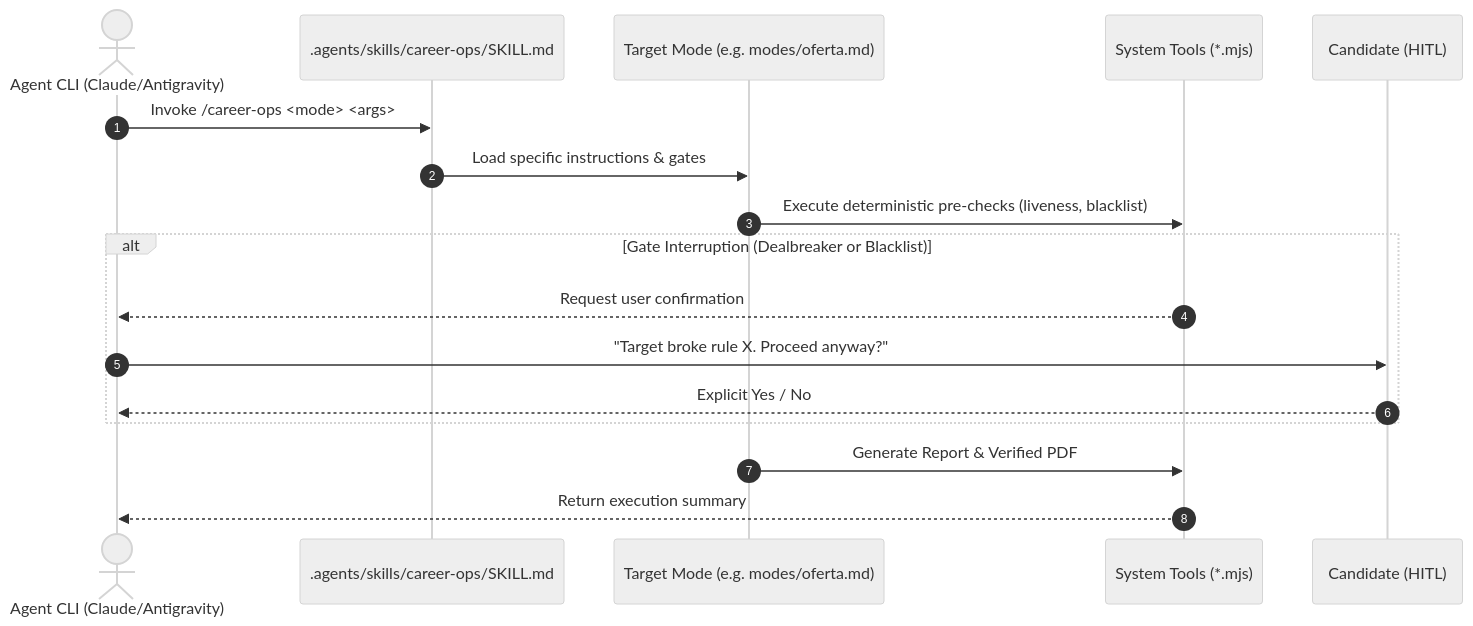
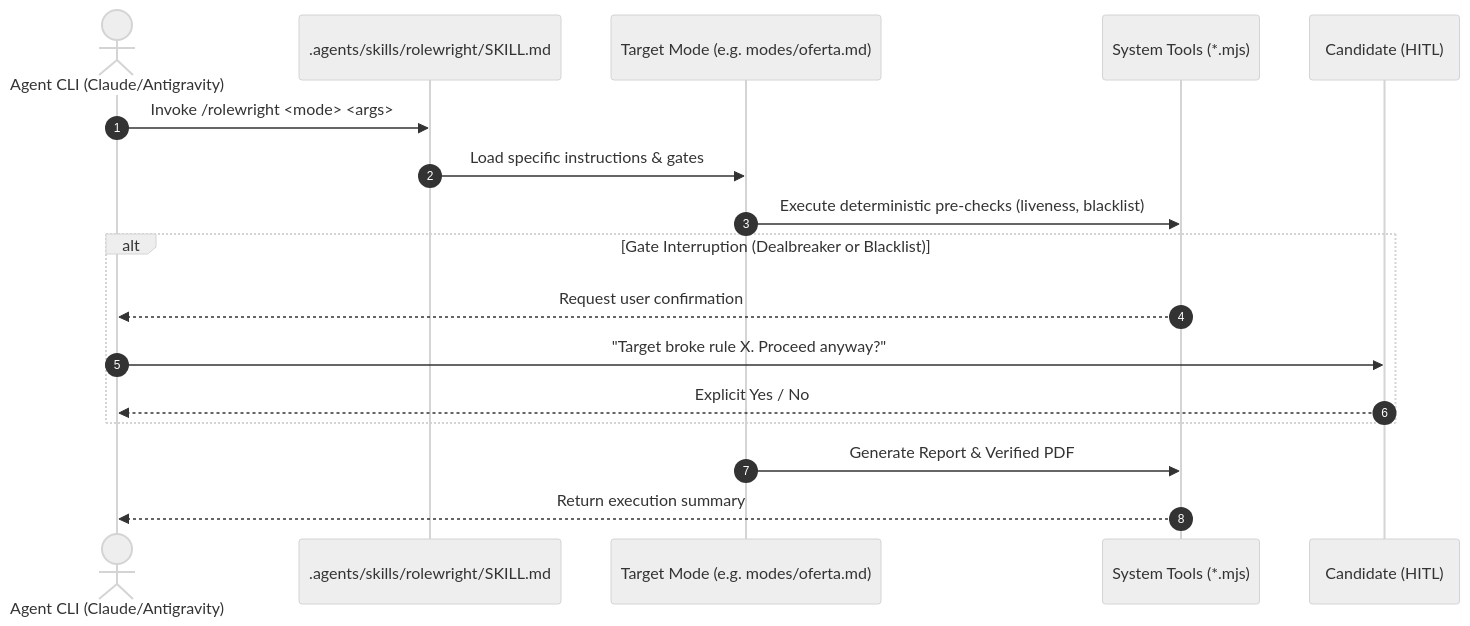
The diagram in packages/engine/docs/architecture/AgentArchitecture.md (CJCreator/Jobs_Automated), drawn with Mermaid (neutral theme) before and after one commit. The commit also changed other lines of this file and 118 other files, not shown here.

First line of the commit message:
refactor(engine): rename the CLI skill from career-ops to rolewright

````diff
--- a/packages/engine/docs/architecture/AgentArchitecture.md
+++ b/packages/engine/docs/architecture/AgentArchitecture.md
@@ -14,20 +14,20 @@
 ```mermaid
 sequenceDiagram
     autonumber
     actor CLI as Agent CLI (Claude/Antigravity)
-    participant Router as .agents/skills/career-ops/SKILL.md
+    participant Router as .agents/skills/rolewright/SKILL.md
     participant Mode as Target Mode (e.g. modes/oferta.md)
     participant Tool as System Tools (*.mjs)
     participant User as Candidate (HITL)
 
-    CLI->>Router: Invoke /career-ops <mode> <args>
+    CLI->>Router: Invoke /rolewright <mode> <args>
     Router->>Mode: Load specific instructions & gates
     Mode->>Tool: Execute deterministic pre-checks (liveness, blacklist)
     alt Gate Interruption (Dealbreaker or Blacklist)
         Tool-->>CLI: Request user confirmation
         CLI->>User: "Target broke rule X. Proceed anyway?"
         User-->>CLI: Explicit Yes / No
     end
     Mode->>Tool: Generate Report & Verified PDF
     Tool-->>CLI: Return execution summary
 ```
````
